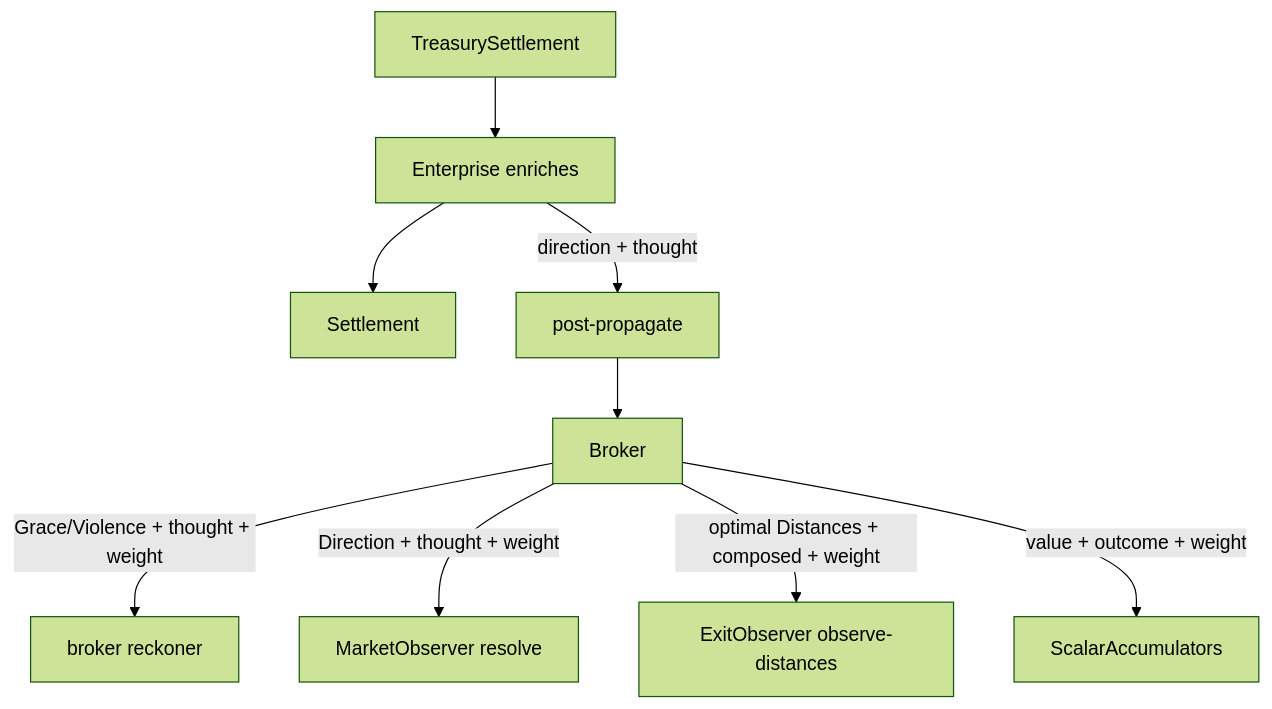
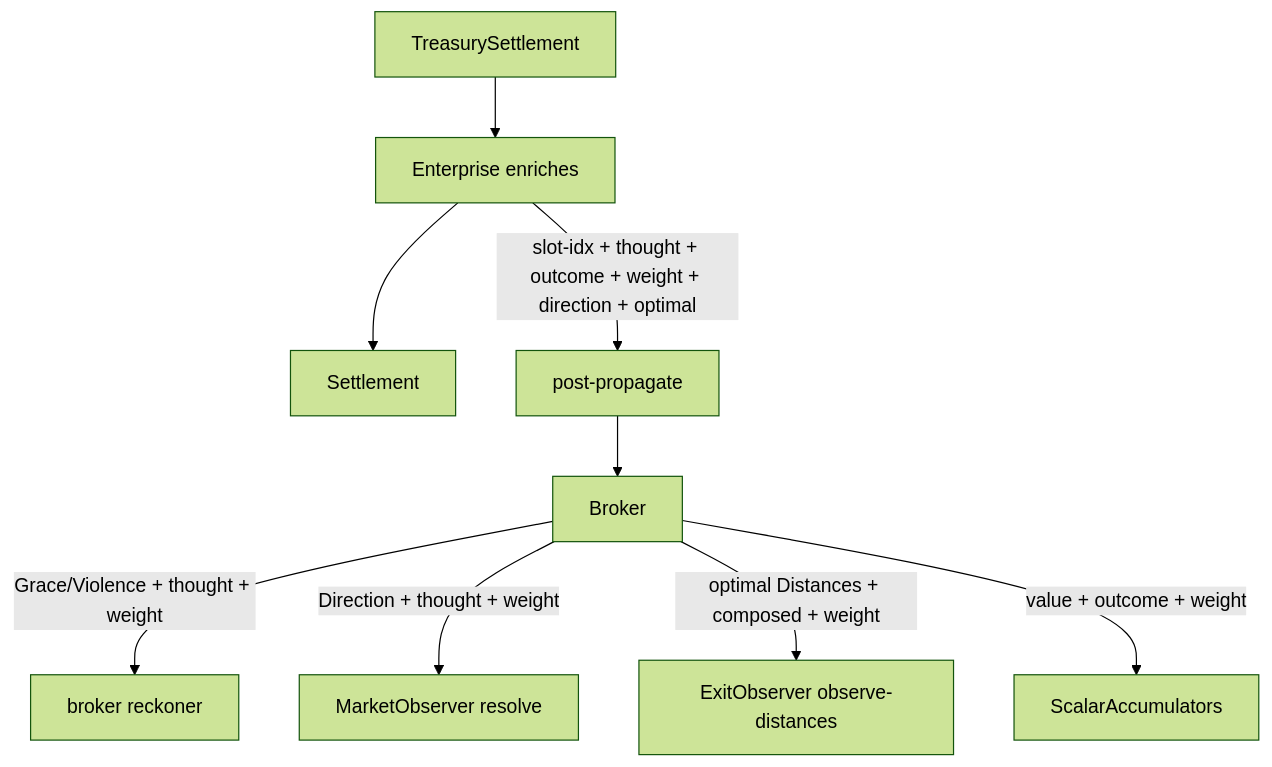
One commit to watmin/holon-lab-trading changed the seventh of 8 diagrams in wat/CIRCUIT.md. Above: the diagram before and after it, drawn with Mermaid (forest theme). The commit also changed other lines of this file, not shown here.

````diff
--- a/wat/CIRCUIT.md
+++ b/wat/CIRCUIT.md
@@ -192,11 +206,11 @@
 ```mermaid
 graph TD
     TS[TreasurySettlement] --> EN[Enterprise enriches]
     EN --> SET[Settlement]
-    EN -->|direction + thought| PP[post-propagate]
+    EN -->|slot-idx + thought + outcome + weight + direction + optimal| PP[post-propagate]
     PP --> BR[Broker]
     BR -->|Grace/Violence + thought + weight| BRK[broker reckoner]
     BR -->|Direction + thought + weight| MO[MarketObserver resolve]
     BR -->|optimal Distances + composed + weight| EO[ExitObserver observe-distances]
     BR -->|value + outcome + weight| SA[ScalarAccumulators]
 ```
````
